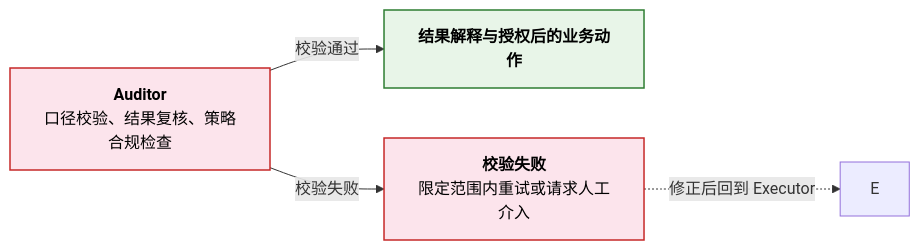
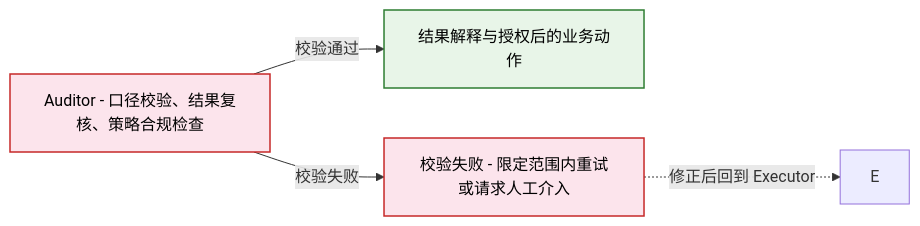
The sixth of 6 diagrams in source/_posts/bi-evolution-6-ai-native-restructure.md (BillZong/BillZong.github.io), drawn with Mermaid before and after one commit. The commit also changed other lines of this file and 1 other file, not shown here.

```diff
--- a/source/_posts/bi-evolution-6-ai-native-restructure.md
+++ b/source/_posts/bi-evolution-6-ai-native-restructure.md
@@ -458,14 +458,14 @@
 {% mermaid %}
 flowchart LR
     classDef entry fill:#fff3b0,stroke:#b58900,color:#000,stroke-width:1.5px
     classDef decision fill:#fce4ec,stroke:#c62828,color:#000,stroke-width:1.5px
     classDef exit fill:#e8f5e8,stroke:#2e7d32,color:#000,stroke-width:1.5px
     classDef normal fill:#f5f5f5,stroke:#999,color:#000,stroke-width:1.5px
 
-    A["<b>Auditor</b><br/>口径校验、结果复核、策略合规检查"]:::decision
-    Pass["<b>结果解释与授权后的业务动作</b>"]:::exit
-    Fail["<b>校验失败</b><br/>限定范围内重试或请求人工介入"]:::decision
+    A["Auditor - 口径校验、结果复核、策略合规检查"]:::decision
+    Pass["结果解释与授权后的业务动作"]:::exit
+    Fail["校验失败 - 限定范围内重试或请求人工介入"]:::decision
     A -->|校验通过| Pass
     A -->|校验失败| Fail
     Fail -.->|修正后回到 Executor| E
 {% endmermaid %}
```
